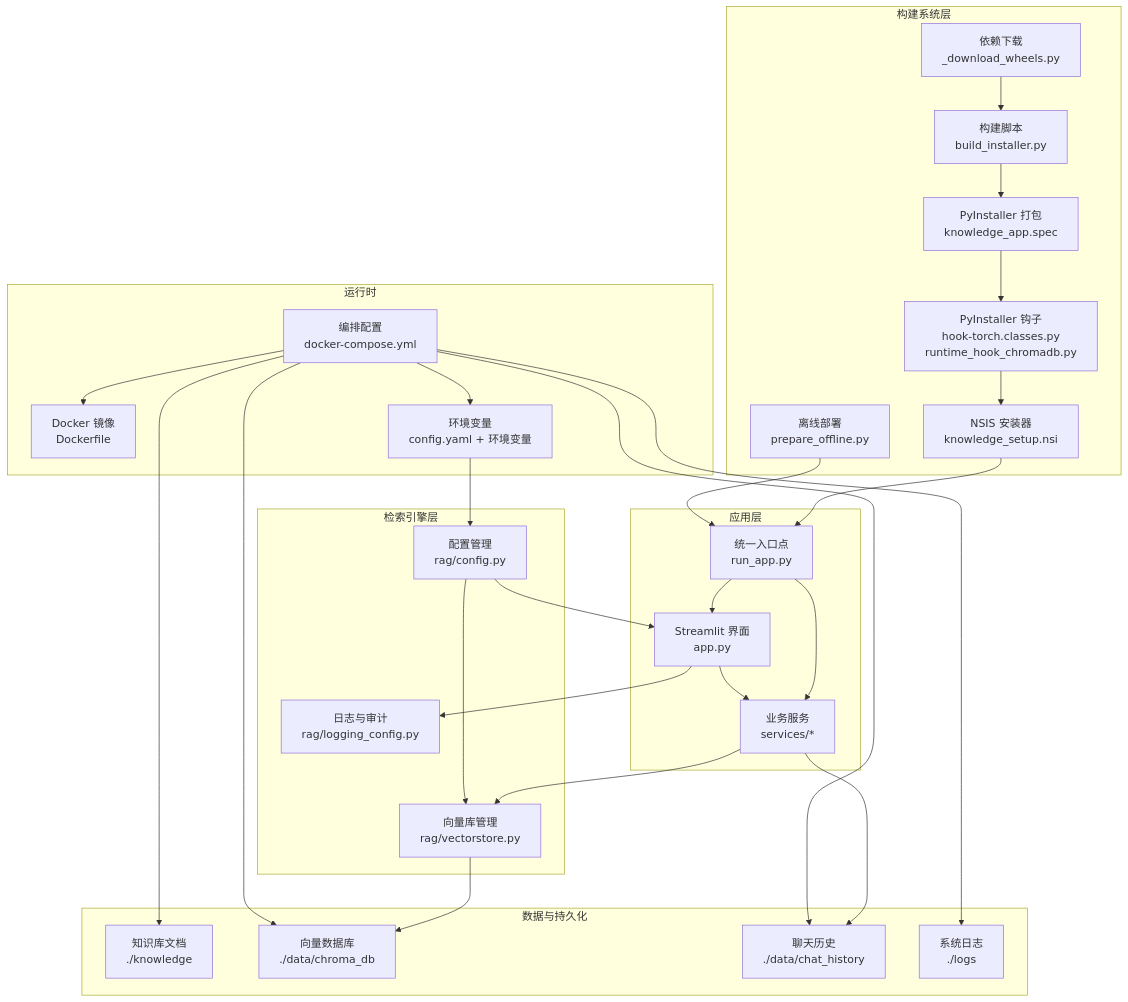
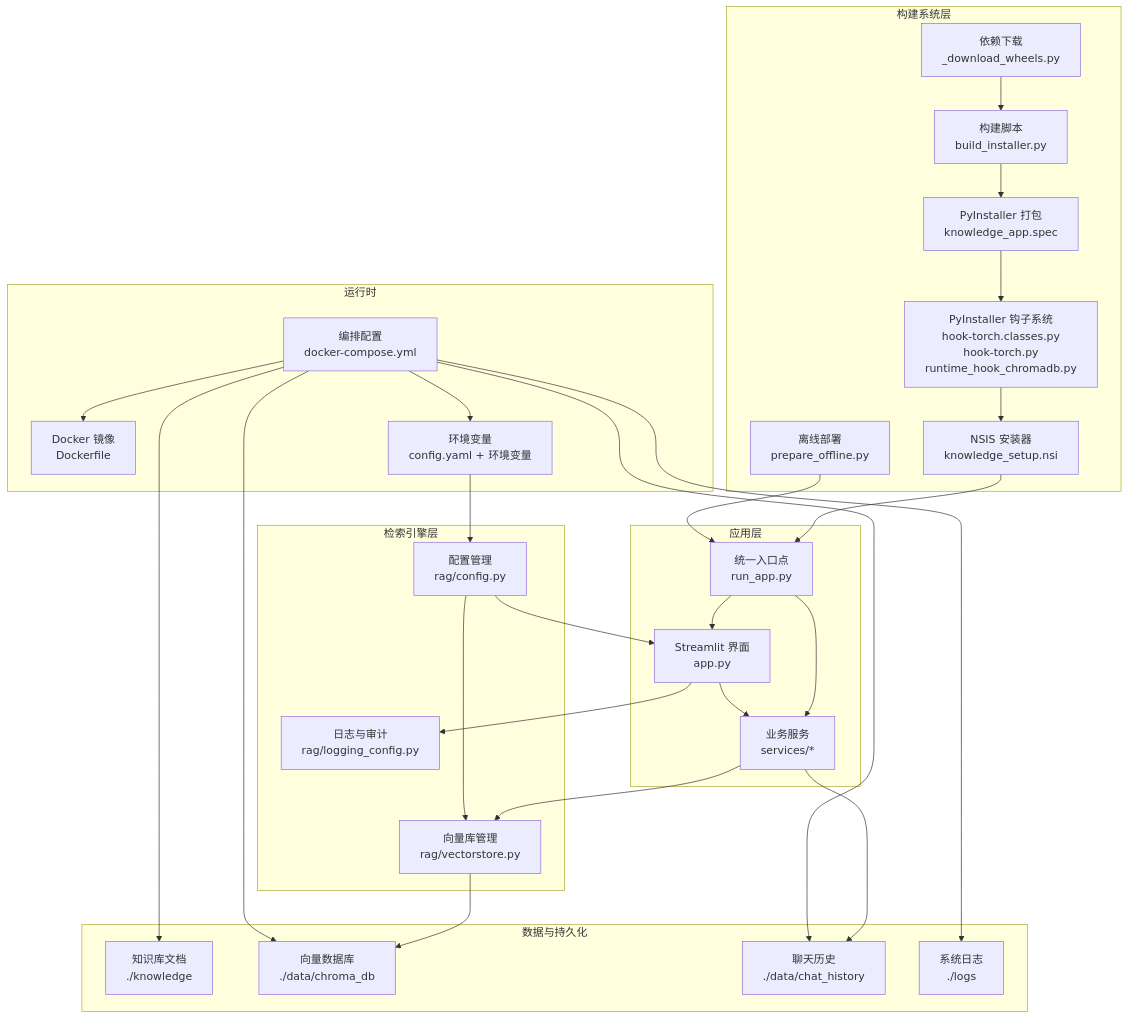
Before and after one commit to joyafa/knowledge: the first of 6 diagrams in .qoder/repowiki/zh/content/部署与运维/部署与运维.md, drawn with Mermaid. The commit also changed other lines of this file and 14 other files, not shown here.

````diff
--- a/.qoder/repowiki/zh/content/部署与运维/部署与运维.md
+++ b/.qoder/repowiki/zh/content/部署与运维/部署与运维.md
@@ -75,54 +76,54 @@
 ```mermaid
 graph TB
 subgraph "应用层"
 UI["Streamlit 界面<br/>app.py"]
 Services["业务服务<br/>services/*"]
 RunApp["统一入口点<br/>run_app.py"]
 end
 subgraph "构建系统层"
 PyInstaller["PyInstaller 打包<br/>knowledge_app.spec"]
-Hooks["PyInstaller 钩子<br/>hook-torch.classes.py<br/>runtime_hook_chromadb.py"]
+Hooks["PyInstaller 钩子系统<br/>hook-torch.classes.py<br/>hook-torch.py<br/>runtime_hook_chromadb.py"]
 NSIS["NSIS 安装器<br/>knowledge_setup.nsi"]
 Build["构建脚本<br/>build_installer.py"]
 Offline["离线部署<br/>prepare_offline.py"]
 Wheels["依赖下载<br/>_download_wheels.py"]
 end
 subgraph "检索引擎层"
 RAGCfg["配置管理<br/>rag/config.py"]
 RAGLog["日志与审计<br/>rag/logging_config.py"]
 VS["向量库管理<br/>rag/vectorstore.py"]
 end
 subgraph "数据与持久化"
 Docs["知识库文档<br/>./knowledge"]
 VDB["向量数据库<br/>./data/chroma_db"]
 Hist["聊天历史<br/>./data/chat_history"]
 Logs["系统日志<br/>./logs"]
 end
 subgraph "运行时"
 Docker["Docker 镜像<br/>Dockerfile"]
 Compose["编排配置<br/>docker-compose.yml"]
 Env["环境变量<br/>config.yaml + 环境变量"]
 end
 RunApp --> UI
 RunApp --> Services
 UI --> Services
 Services --> VS
 VS --> VDB
 Services --> Hist
 UI --> RAGLog
 RAGCfg --> UI
 RAGCfg --> VS
 Env --> RAGCfg
 Build --> PyInstaller
 PyInstaller --> Hooks
 Hooks --> NSIS
 NSIS --> RunApp
 Compose --> Docker
 Compose --> Env
 Compose --> Docs
 Compose --> VDB
 Compose --> Hist
 Compose --> Logs
 Offline --> RunApp
 Wheels --> Build
 ```
````
